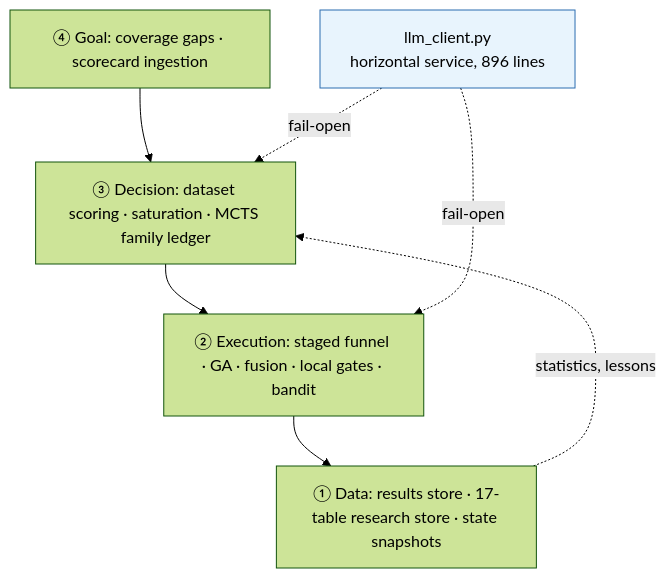
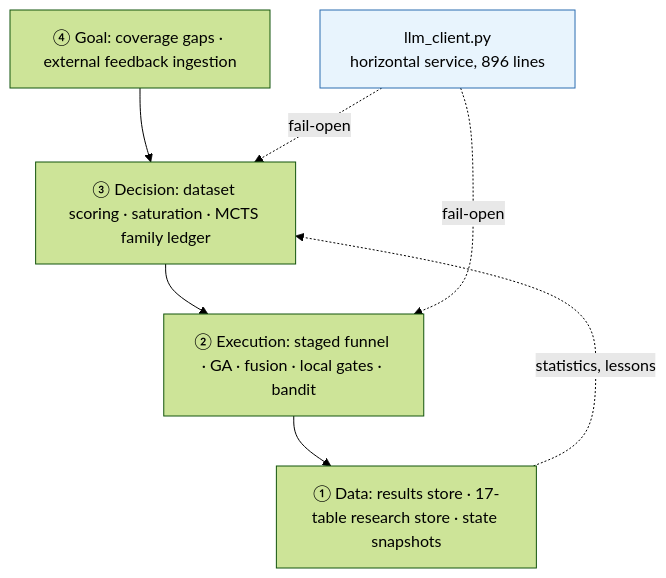
One commit to hawiliu/engineering-portfolio changed the diagram in personal/01-alpha-research-platform.md. Above: the diagram before and after it, drawn with Mermaid (forest theme). The commit also changed other lines of this file and 19 other files, not shown here.

````diff
--- a/personal/01-alpha-research-platform.md
+++ b/personal/01-alpha-research-platform.md
@@ -50,15 +49,15 @@
 ```mermaid
 flowchart TB
-    G["④ Goal: coverage gaps · scorecard ingestion"]
+    G["④ Goal: coverage gaps · external feedback ingestion"]
     D["③ Decision: dataset scoring · saturation · MCTS family ledger"]
     E["② Execution: staged funnel · GA · fusion · local gates · bandit"]
     S["① Data: results store · 17-table research store · state snapshots"]
     L["llm_client.py<br/>horizontal service, 896 lines"]
 
     G --> D --> E --> S
     S -. "statistics, lessons" .-> D
     L -. "fail-open" .-> D
     L -. "fail-open" .-> E
 
     style L fill:#e8f4fd,stroke:#2b6cb0
 ```
````
